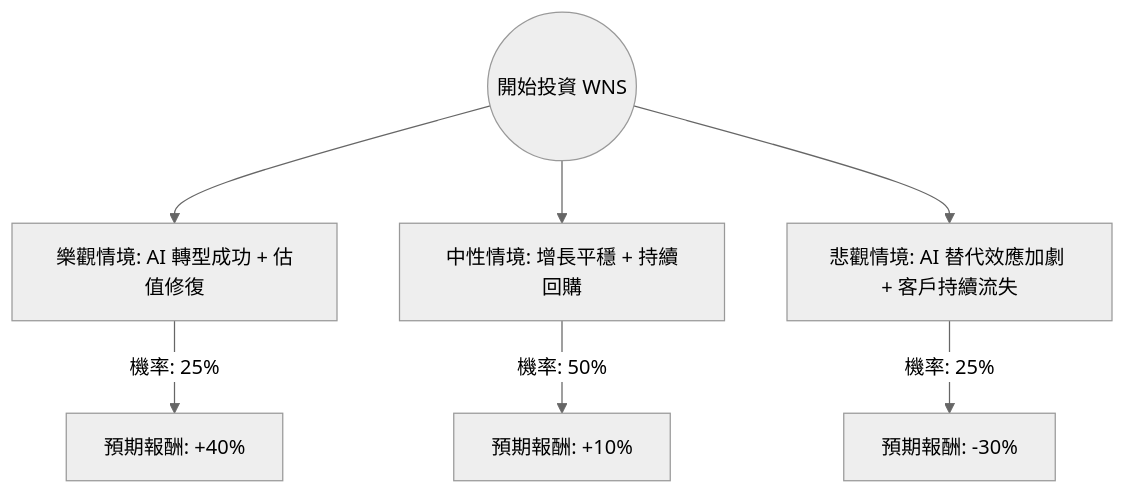
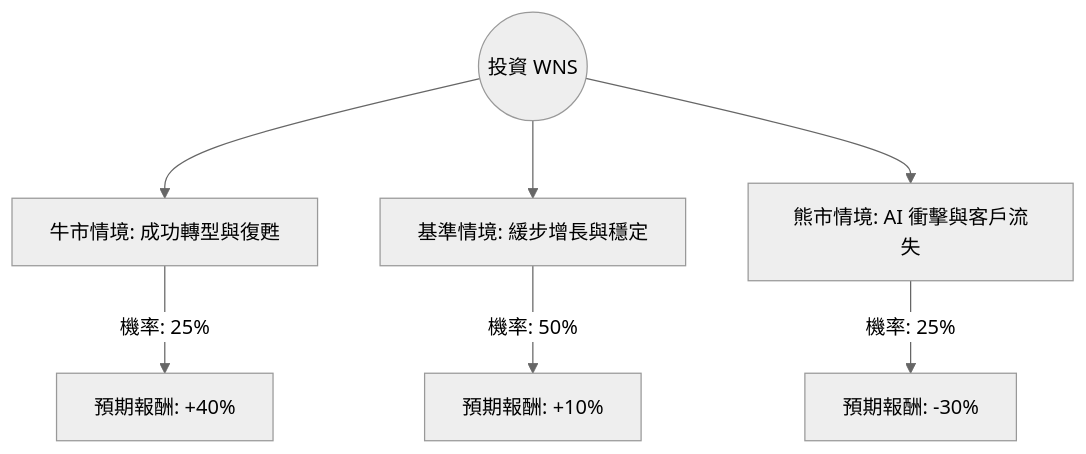
Before and after one commit to zmcx16/zmcx16.github.io: the diagram in plugin-react/ai-analysis/ev-analysis/WNS.md, drawn with Mermaid (neutral theme). The commit also changed other lines of this file and 85 other files, not shown here.

````diff
--- a/plugin-react/ai-analysis/ev-analysis/WNS.md
+++ b/plugin-react/ai-analysis/ev-analysis/WNS.md
@@ -25,10 +21,10 @@
 ```mermaid
 graph TD
-    Start((開始投資 WNS)) --> Bull[樂觀情境: AI 轉型成功 + 估值修復]
-    Start --> Base[中性情境: 增長平穩 + 持續回購]
-    Start --> Bear[悲觀情境: AI 替代效應加劇 + 客戶持續流失]
+    Start((投資 WNS)) --> Bull[牛市情境: 成功轉型與復甦]
+    Start --> Base[基準情境: 緩步增長與穩定]
+    Start --> Bear[熊市情境: AI 衝擊與客戶流失]
 
-    Bull -- "機率: 25%" --> BullEV["預期報酬: +40%"]
-    Base -- "機率: 50%" --> BaseEV["預期報酬: +10%"]
-    Bear -- "機率: 25%" --> BearEV["預期報酬: -30%"]
+    Bull -- "機率: 25%" --> BullVal["預期報酬: +40%"]
+    Base -- "機率: 50%" --> BaseVal["預期報酬: +10%"]
+    Bear -- "機率: 25%" --> BearVal["預期報酬: -30%"]
 ```
````
